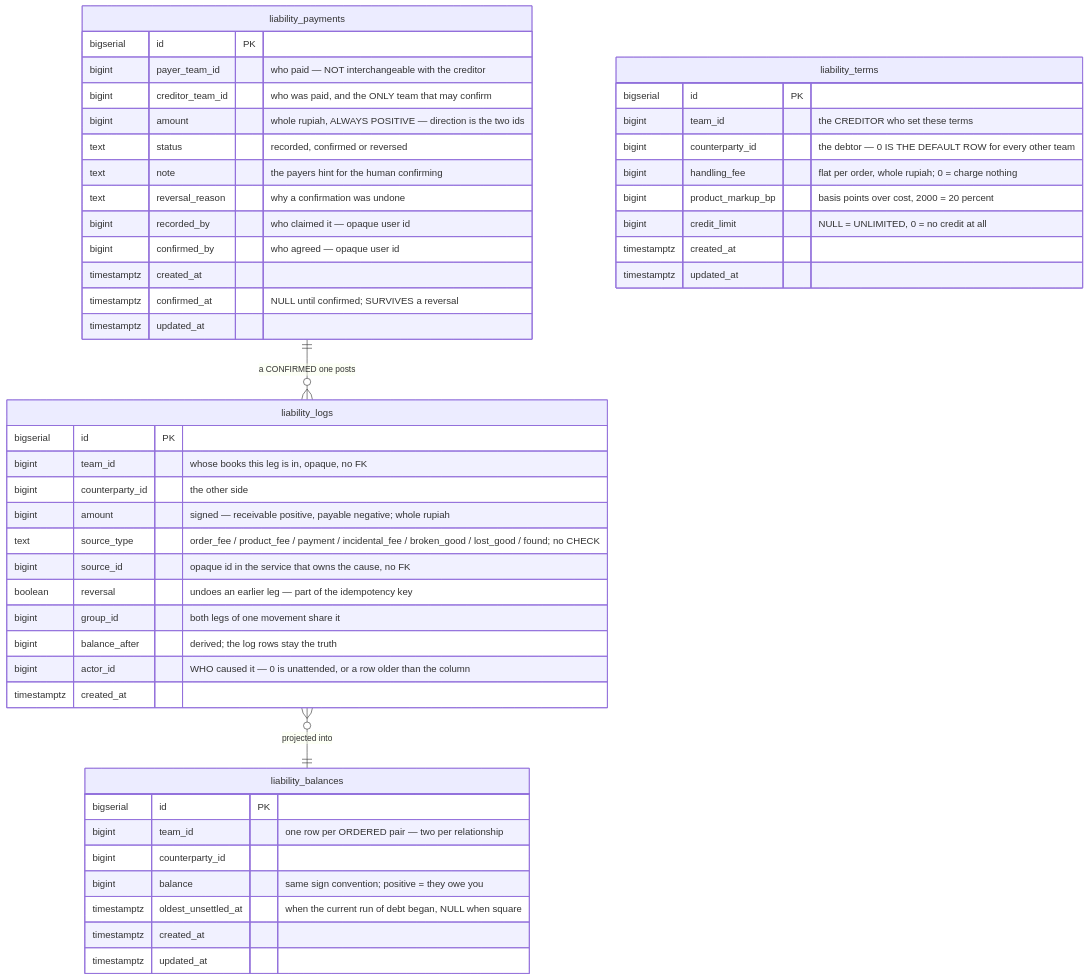
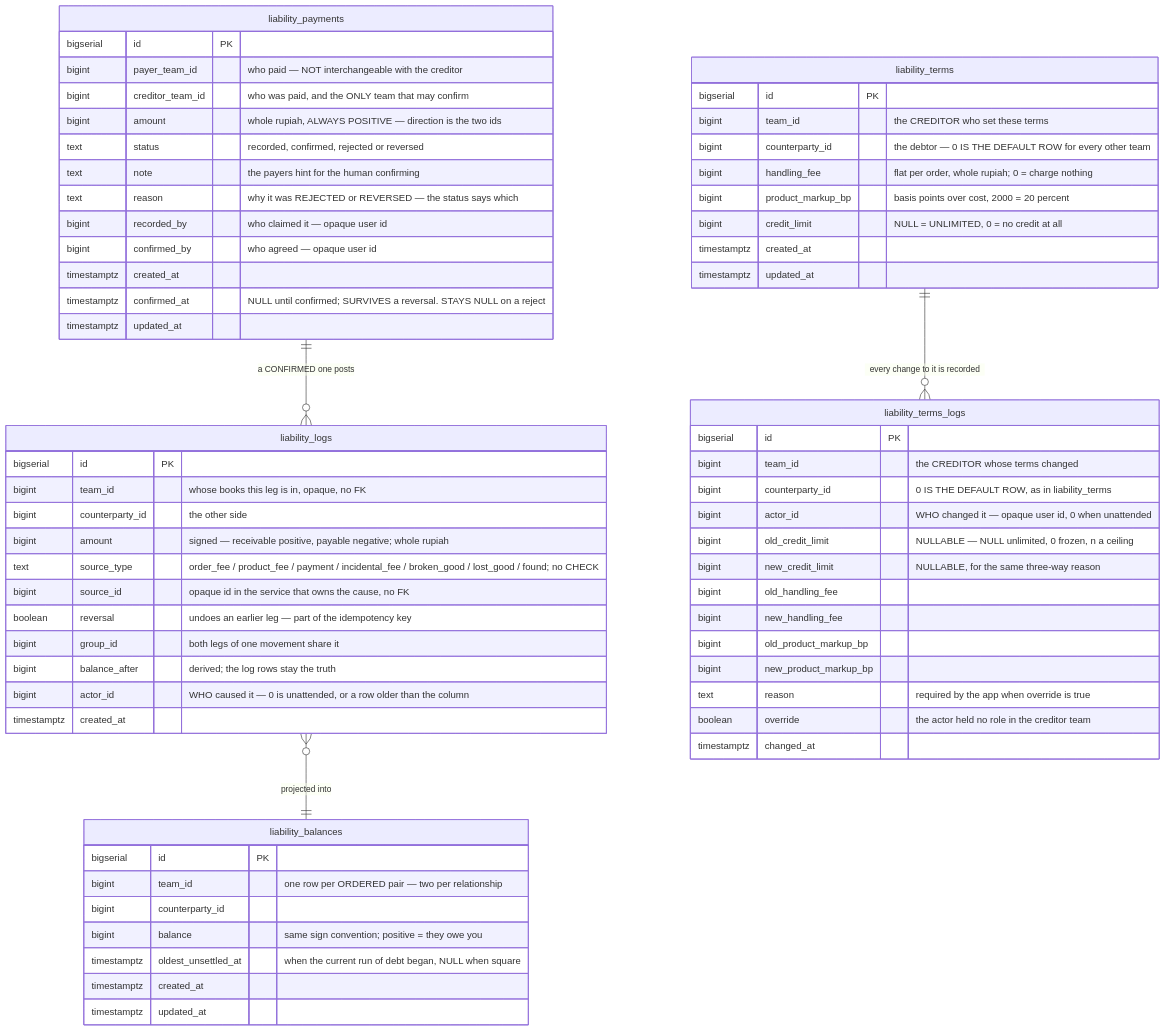
Before and after one commit to pdcgo/warehouse_revamp: diagram 12 of 13 in docs/database-schema.md, drawn with Mermaid. The commit also changed other lines of this file and 12 other files, not shown here.

````diff
--- a/docs/database-schema.md
+++ b/docs/database-schema.md
@@ -1102,54 +1102,71 @@
 ```mermaid
 erDiagram
     liability_logs }o--|| liability_balances : "projected into"
     liability_payments ||--o{ liability_logs : "a CONFIRMED one posts"
+    liability_terms ||--o{ liability_terms_logs : "every change to it is recorded"
     liability_terms {
         bigserial   id                PK
         bigint      team_id           "the CREDITOR who set these terms"
         bigint      counterparty_id   "the debtor — 0 IS THE DEFAULT ROW for every other team"
         bigint      handling_fee      "flat per order, whole rupiah; 0 = charge nothing"
         bigint      product_markup_bp "basis points over cost, 2000 = 20 percent"
         bigint      credit_limit      "NULL = UNLIMITED, 0 = no credit at all"
         timestamptz created_at
         timestamptz updated_at
     }
 
     liability_logs {
         bigserial   id              PK
         bigint      team_id         "whose books this leg is in, opaque, no FK"
         bigint      counterparty_id "the other side"
         bigint      amount          "signed — receivable positive, payable negative; whole rupiah"
         text        source_type     "order_fee / product_fee / payment / incidental_fee / broken_good / lost_good / found; no CHECK"
         bigint      source_id       "opaque id in the service that owns the cause, no FK"
         boolean     reversal        "undoes an earlier leg — part of the idempotency key"
         bigint      group_id        "both legs of one movement share it"
         bigint      balance_after   "derived; the log rows stay the truth"
         bigint      actor_id        "WHO caused it — 0 is unattended, or a row older than the column"
         timestamptz created_at
     }
 
     liability_balances {
         bigserial   id                  PK
         bigint      team_id             "one row per ORDERED pair — two per relationship"
         bigint      counterparty_id
         bigint      balance             "same sign convention; positive = they owe you"
         timestamptz oldest_unsettled_at "when the current run of debt began, NULL when square"
         timestamptz created_at
         timestamptz updated_at
     }
 
     liability_payments {
         bigserial   id               PK
         bigint      payer_team_id    "who paid — NOT interchangeable with the creditor"
         bigint      creditor_team_id "who was paid, and the ONLY team that may confirm"
         bigint      amount           "whole rupiah, ALWAYS POSITIVE — direction is the two ids"
-        text        status           "recorded, confirmed or reversed"
+        text        status           "recorded, confirmed, rejected or reversed"
         text        note             "the payers hint for the human confirming"
-        text        reversal_reason  "why a confirmation was undone"
+        text        reason           "why it was REJECTED or REVERSED — the status says which"
         bigint      recorded_by      "who claimed it — opaque user id"
         bigint      confirmed_by     "who agreed — opaque user id"
         timestamptz created_at
-        timestamptz confirmed_at     "NULL until confirmed; SURVIVES a reversal"
+        timestamptz confirmed_at     "NULL until confirmed; SURVIVES a reversal. STAYS NULL on a reject"
         timestamptz updated_at
     }
+
+    liability_terms_logs {
+        bigserial   id                    PK
+        bigint      team_id               "the CREDITOR whose terms changed"
+        bigint      counterparty_id       "0 IS THE DEFAULT ROW, as in liability_terms"
+        bigint      actor_id              "WHO changed it — opaque user id, 0 when unattended"
+        bigint      old_credit_limit      "NULLABLE — NULL unlimited, 0 frozen, n a ceiling"
+        bigint      new_credit_limit      "NULLABLE, for the same three-way reason"
+        bigint      old_handling_fee
+        bigint      new_handling_fee
+        bigint      old_product_markup_bp
+        bigint      new_product_markup_bp
+        text        reason                "required by the app when override is true"
+        boolean     override              "the actor held no role in the creditor team"
+        timestamptz changed_at
+    }
 ```
````
